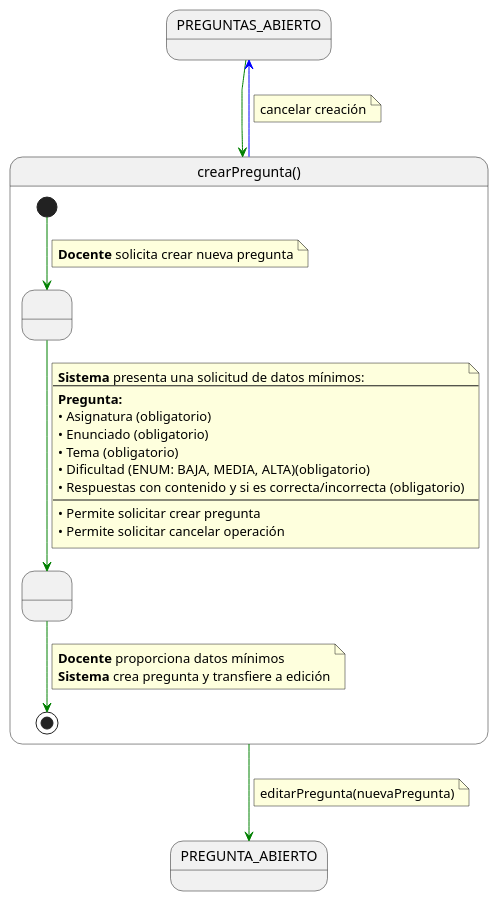
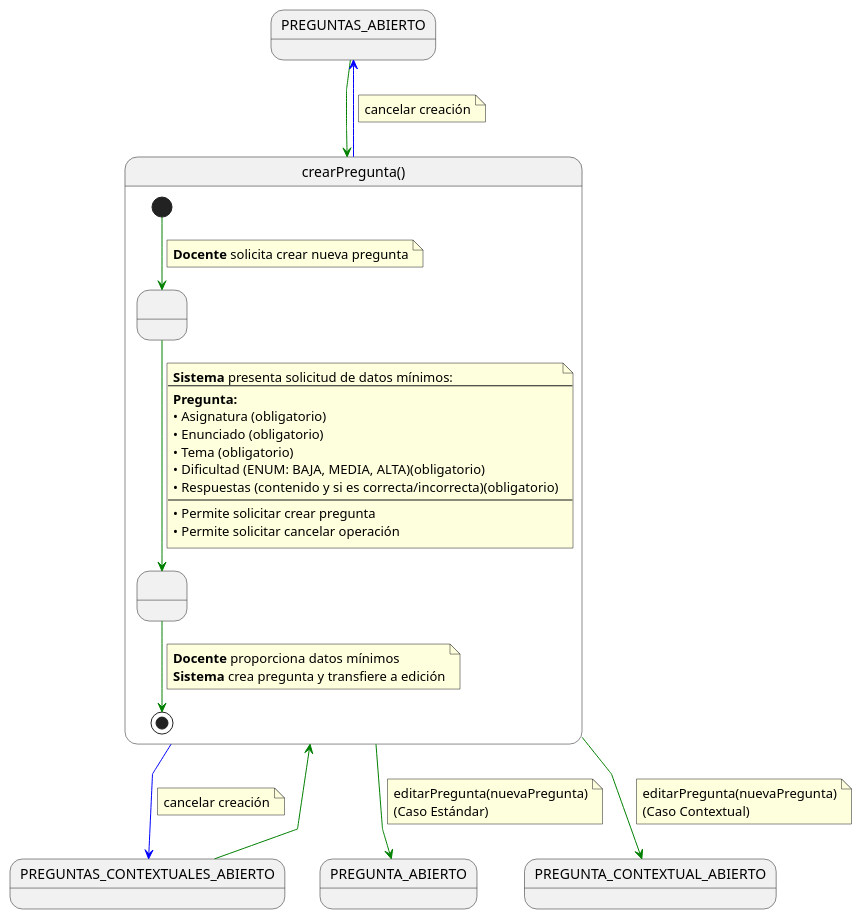
Before and after one commit to martinlopez7/25-26-IdSw1-SdR: the diagram in documents/casos-de-uso/detalladoCasosDeUso/crearPregunta/crearPregunta.puml, drawn with PlantUML. The commit also changed 1 other file, not shown here.

Commit message:
feat(cu): añade estados a detallado de crearPregunta() [refs #70]

```diff
--- a/documents/casos-de-uso/detalladoCasosDeUso/crearPregunta/crearPregunta.puml
+++ b/documents/casos-de-uso/detalladoCasosDeUso/crearPregunta/crearPregunta.puml
@@ -1,51 +1,72 @@
 @startuml crearPregunta
-
 skinparam linetype polyline
 
+
 state PREGUNTAS_ABIERTO
+state PREGUNTAS_CONTEXTUALES_ABIERTO
+state PREGUNTA_ABIERTO
+state PREGUNTA_CONTEXTUAL_ABIERTO
+
 
 PREGUNTAS_ABIERTO -[#green]-> crearPregunta
+PREGUNTAS_CONTEXTUALES_ABIERTO -[#green]-> crearPregunta
 
 state crearPregunta as "crearPregunta()" {
 
     state " " as SolicitandoDatosPregunta
     state " " as ProcesandoCreacion
 
     [*] -[#green]-> SolicitandoDatosPregunta 
     note on link
     <b>Docente</b> solicita crear nueva pregunta
     end note    
     
     SolicitandoDatosPregunta -[#green]-> ProcesandoCreacion
     note on link
-    <b>Sistema</b> presenta una solicitud de datos mínimos:
+    <b>Sistema</b> presenta solicitud de datos mínimos:
     ---
     <b>Pregunta:</b>
     • Asignatura (obligatorio)
     • Enunciado (obligatorio)
     • Tema (obligatorio)
     • Dificultad (ENUM: BAJA, MEDIA, ALTA)(obligatorio)
-    • Respuestas con contenido y si es correcta/incorrecta (obligatorio)
+    • Respuestas (contenido y si es correcta/incorrecta)(obligatorio)
     ---
     • Permite solicitar crear pregunta
     • Permite solicitar cancelar operación
     end note
     
     ProcesandoCreacion -[#green]-> [*]
     note on link
     <b>Docente</b> proporciona datos mínimos
     <b>Sistema</b> crea pregunta y transfiere a edición
     end note
 }
 
+
+
 crearPregunta -[#green]-> PREGUNTA_ABIERTO
 note on link
 editarPregunta(nuevaPregunta)
+(Caso Estándar)
 end note
+
+crearPregunta -[#green]-> PREGUNTA_CONTEXTUAL_ABIERTO
+note on link
+editarPregunta(nuevaPregunta)
+(Caso Contextual)
+end note
+
+
 
 crearPregunta -[#blue]-> PREGUNTAS_ABIERTO
 note on link
 cancelar creación
 end note
 
+crearPregunta -[#blue]-> PREGUNTAS_CONTEXTUALES_ABIERTO
+note on link
+cancelar creación
+end note
+
 @enduml
```
